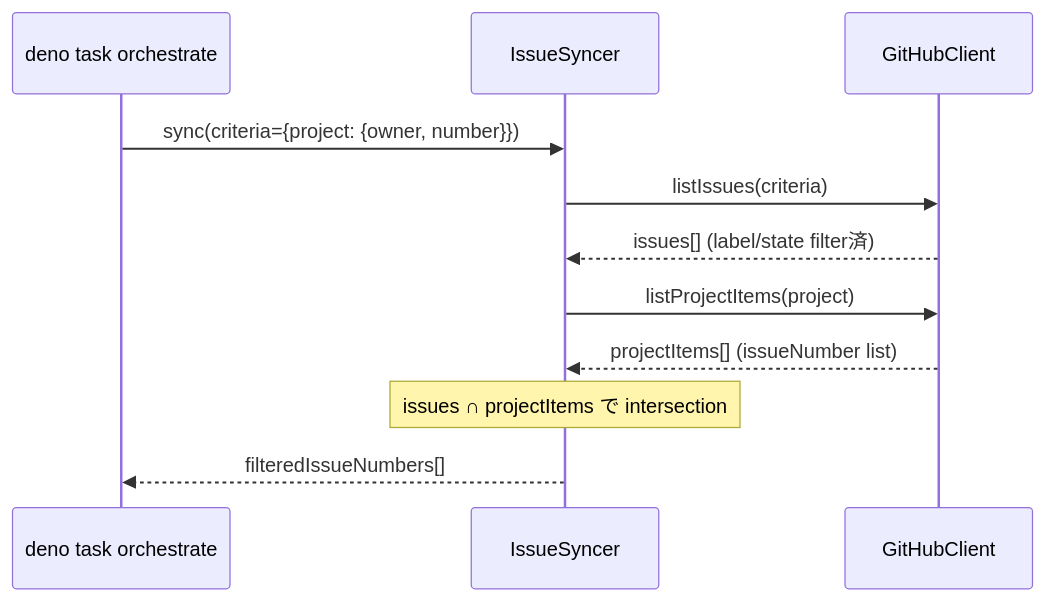
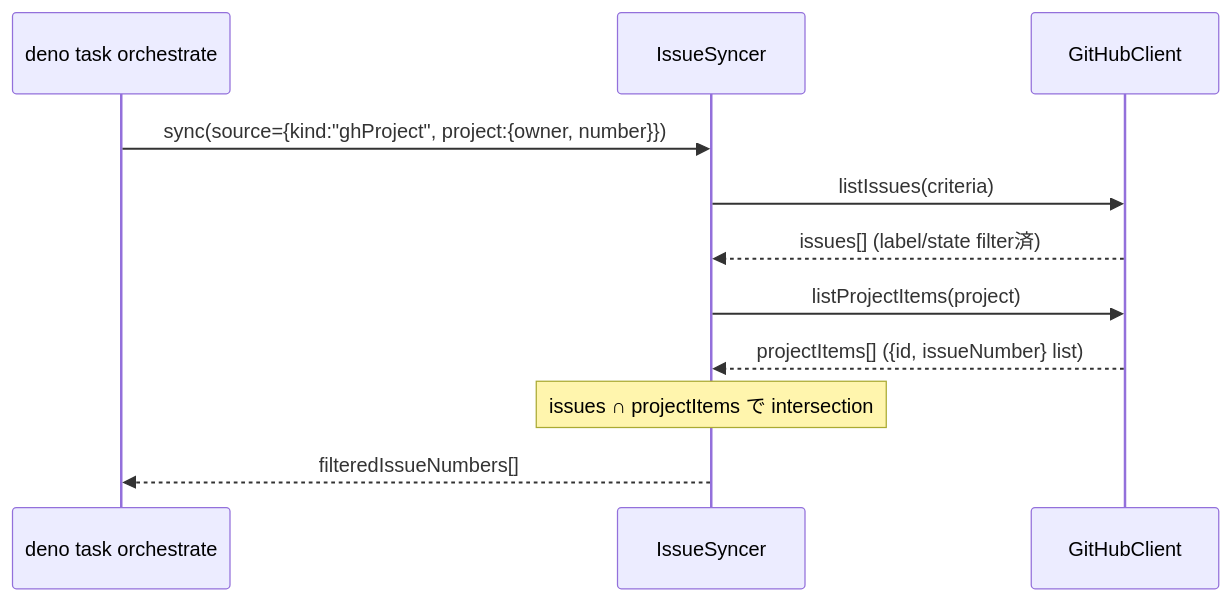
One commit to tettuan/climpt changed the second of 5 diagrams in agents/docs/design-legacy/13_project_orchestration_flow.md. Above: the diagram before and after it, drawn with Mermaid. The commit also changed other lines of this file and 1 other file, not shown here.

First line of the commit message:
docs(project): align design docs with v1.14.0 shipped implementation

````diff
--- a/agents/docs/design-legacy/13_project_orchestration_flow.md
+++ b/agents/docs/design-legacy/13_project_orchestration_flow.md
@@ -62,14 +63,14 @@
 ```mermaid
 sequenceDiagram
   participant CLI as deno task orchestrate
   participant Syncer as IssueSyncer
   participant GH as GitHubClient
 
-  CLI->>Syncer: sync(criteria={project: {owner, number}})
+  CLI->>Syncer: sync(source={kind:"ghProject", project:{owner, number}})
   Syncer->>GH: listIssues(criteria)
   GH-->>Syncer: issues[] (label/state filter済)
   Syncer->>GH: listProjectItems(project)
-  GH-->>Syncer: projectItems[] (issueNumber list)
+  GH-->>Syncer: projectItems[] ({id, issueNumber} list)
   Note over Syncer: issues ∩ projectItems で intersection
   Syncer-->>CLI: filteredIssueNumbers[]
 ```
````
